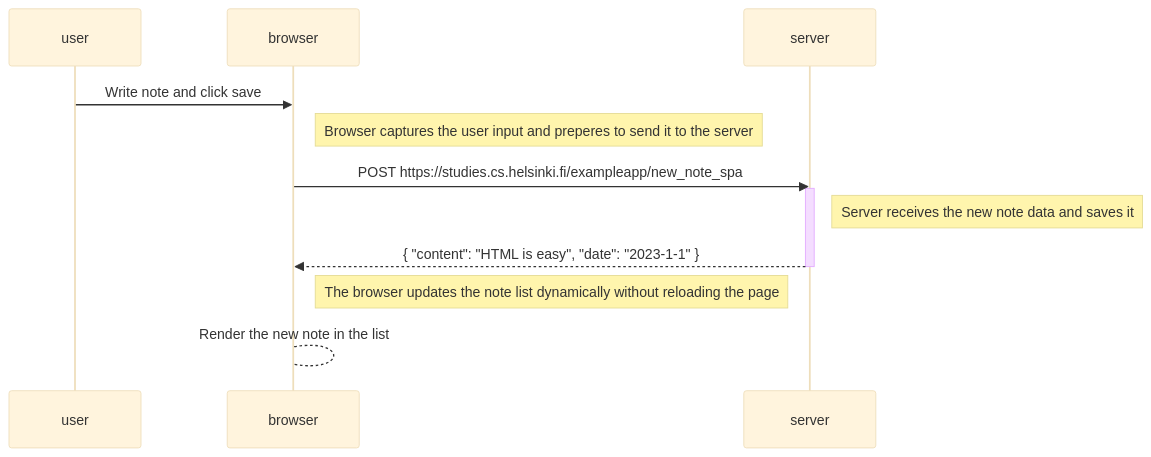
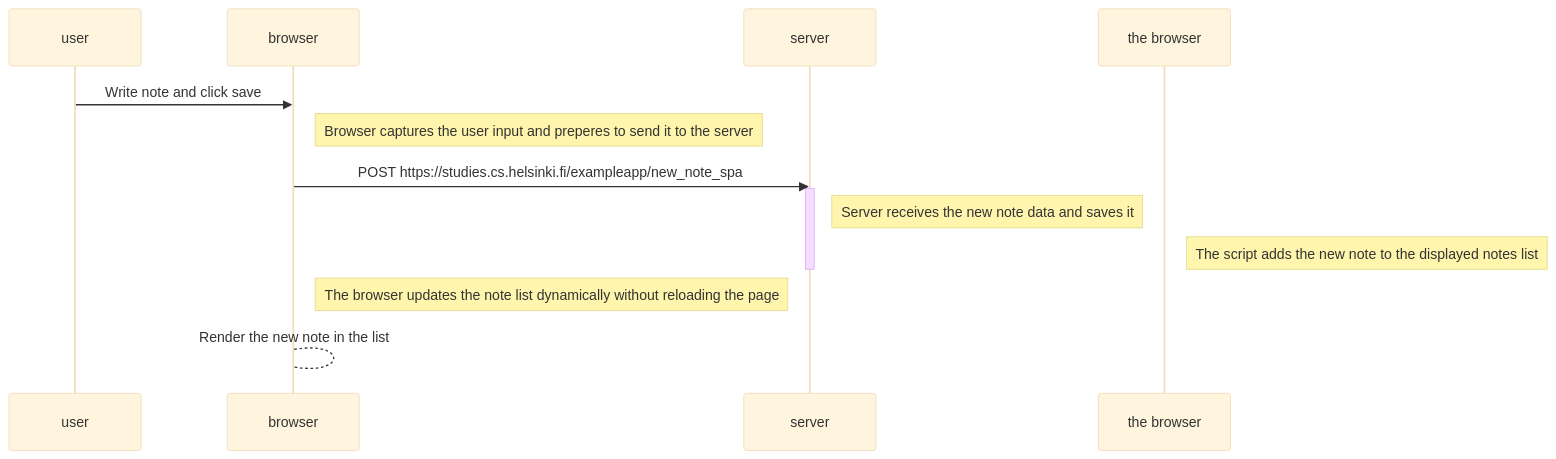
Before and after one commit to LukaszZubek/fullstackopen-Zubek-4b: the diagram in Part0/06.md, drawn with Mermaid (base theme).

Commit message:
Update 06.md
moze moze

````diff
--- a/Part0/06.md
+++ b/Part0/06.md
@@ -1,18 +1,18 @@
 ```mermaid
     sequenceDiagram
     participant user
     participant browser
     participant server
 
     user->>browser: Write note and click save
     Note right of browser: Browser captures the user input and preperes to send it to the server
 
     browser->>server: POST https://studies.cs.helsinki.fi/exampleapp/new_note_spa 
     activate server
     note right of server: Server receives the new note data and saves it
-    server-->>browser: { "content": "HTML is easy", "date": "2023-1-1" }
+    note right of the browser: The script adds the new note to the displayed notes list
     deactivate server
 
     Note right of browser: The browser updates the note list dynamically without reloading the page
     browser-->browser: Render the new note in the list
 ```
````
